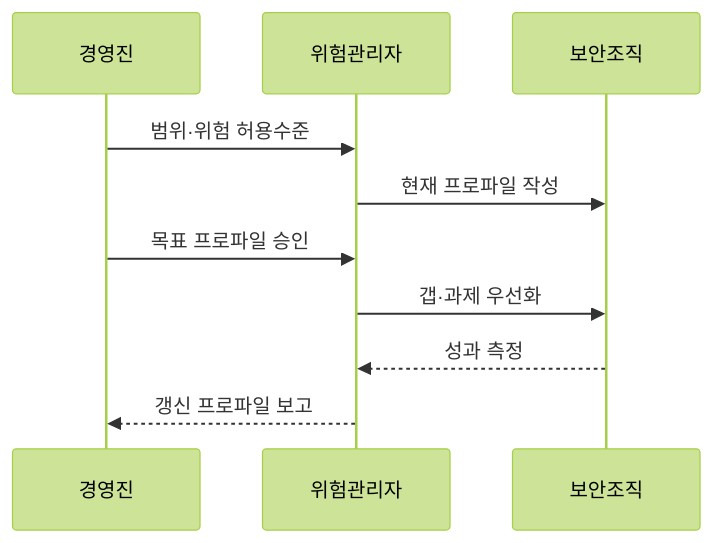
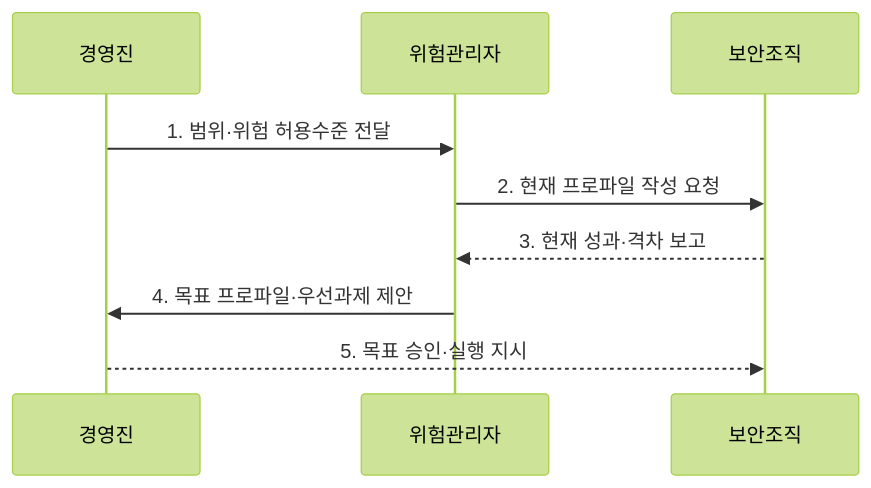
One commit to agnusdei1207/knowledge-base changed the second of 2 diagrams in src/content/docs/notes/07-law-policy/037_nist_csf_2_0.md. Above: the diagram before and after it, drawn with Mermaid (forest theme). The commit also changed other lines of this file and 9 other files, not shown here.

````diff
--- a/src/content/docs/notes/07-law-policy/037_nist_csf_2_0.md
+++ b/src/content/docs/notes/07-law-policy/037_nist_csf_2_0.md
@@ -82,12 +80,11 @@
 ```mermaid
 sequenceDiagram
     participant G as 경영진
     participant R as 위험관리자
     participant O as 보안조직
-    G->>R: 범위·위험 허용수준
-    R->>O: 현재 프로파일 작성
-    G->>R: 목표 프로파일 승인
-    R->>O: 갭·과제 우선화
-    O-->>R: 성과 측정
-    R-->>G: 갱신 프로파일 보고
+    G->>R: 1. 범위·위험 허용수준 전달
+    R->>O: 2. 현재 프로파일 작성 요청
+    O-->>R: 3. 현재 성과·격차 보고
+    R->>G: 4. 목표 프로파일·우선과제 제안
+    G-->>O: 5. 목표 승인·실행 지시
 ```
````
